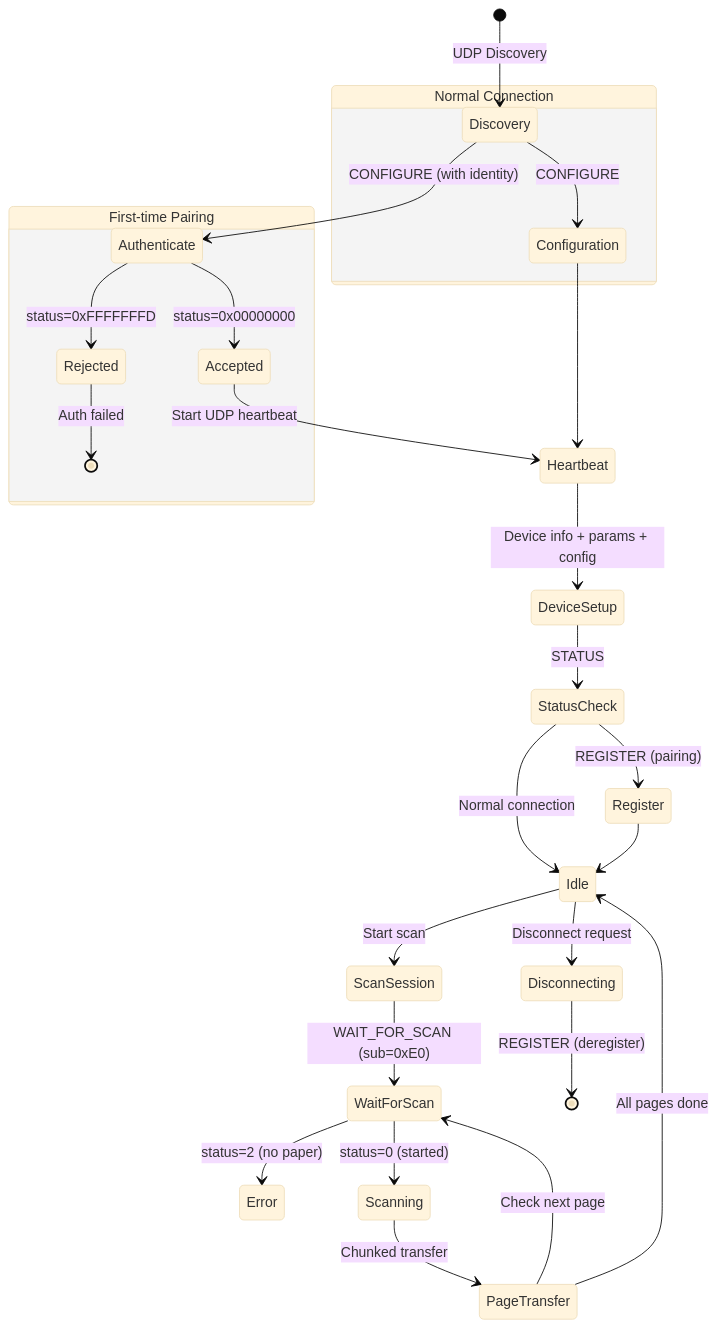
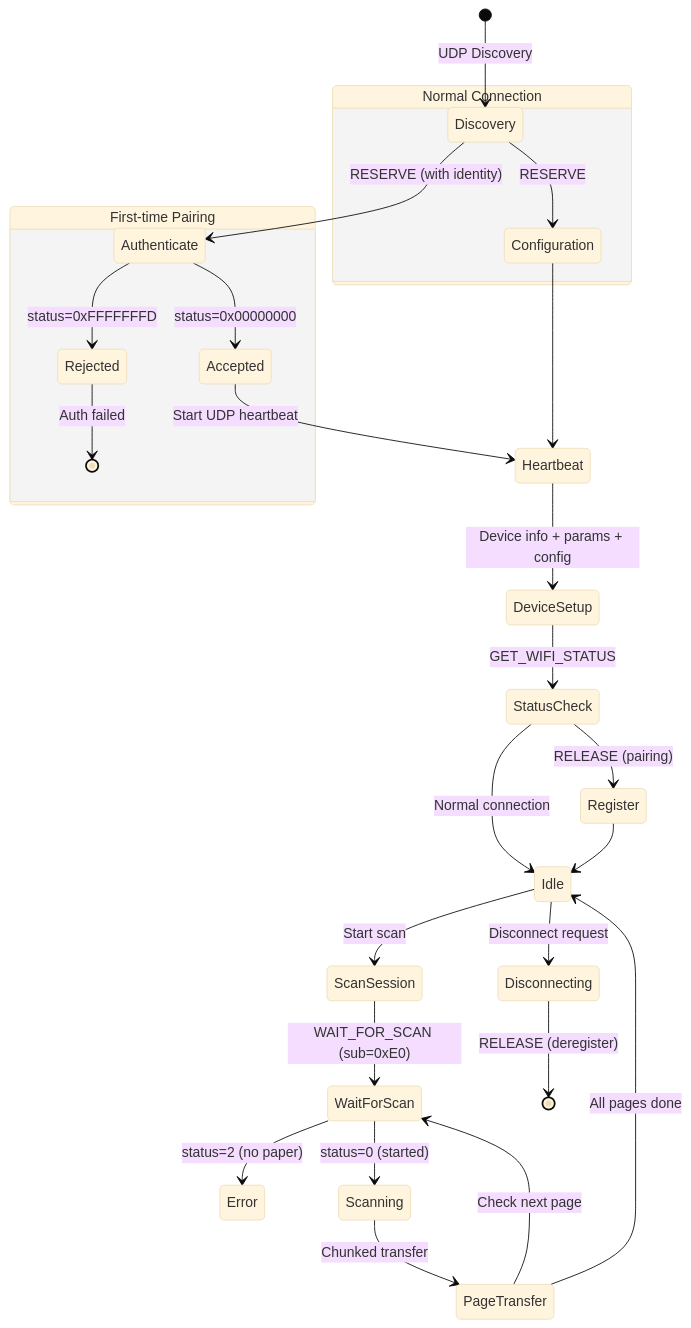
The fifth of 5 diagrams in protocol.en.md (mzyy94/AirScap), drawn with Mermaid (base theme) before and after one commit. The commit also changed other lines of this file and 7 other files, not shown here.

Commit message:
Rename control channel commands to match APK naming (RESERVE/RELEASE/GET_WIFI_STATUS)

````diff
--- a/protocol.en.md
+++ b/protocol.en.md
@@ -912,35 +912,35 @@
 ```mermaid
 stateDiagram-v2
     [*] --> Discovery: UDP Discovery
 
     state "First-time Pairing" as Pairing {
-        Discovery --> Authenticate: CONFIGURE (with identity)
+        Discovery --> Authenticate: RESERVE (with identity)
         Authenticate --> Rejected: status=0xFFFFFFFD
         Rejected --> [*]: Auth failed
         Authenticate --> Accepted: status=0x00000000
     }
 
     state "Normal Connection" as Normal {
-        Discovery --> Configuration: CONFIGURE
+        Discovery --> Configuration: RESERVE
     }
 
     Accepted --> Heartbeat: Start UDP heartbeat
     Configuration --> Heartbeat
 
     Heartbeat --> DeviceSetup: Device info + params + config
-    DeviceSetup --> StatusCheck: STATUS
-    StatusCheck --> Register: REGISTER (pairing)
+    DeviceSetup --> StatusCheck: GET_WIFI_STATUS
+    StatusCheck --> Register: RELEASE (pairing)
     StatusCheck --> Idle: Normal connection
     Register --> Idle
 
     Idle --> ScanSession: Start scan
     ScanSession --> WaitForScan: WAIT_FOR_SCAN (sub=0xE0)
     WaitForScan --> Error: status=2 (no paper)
     WaitForScan --> Scanning: status=0 (started)
     Scanning --> PageTransfer: Chunked transfer
     PageTransfer --> WaitForScan: Check next page
     PageTransfer --> Idle: All pages done
 
     Idle --> Disconnecting: Disconnect request
-    Disconnecting --> [*]: REGISTER (deregister)
+    Disconnecting --> [*]: RELEASE (deregister)
 ```
````
